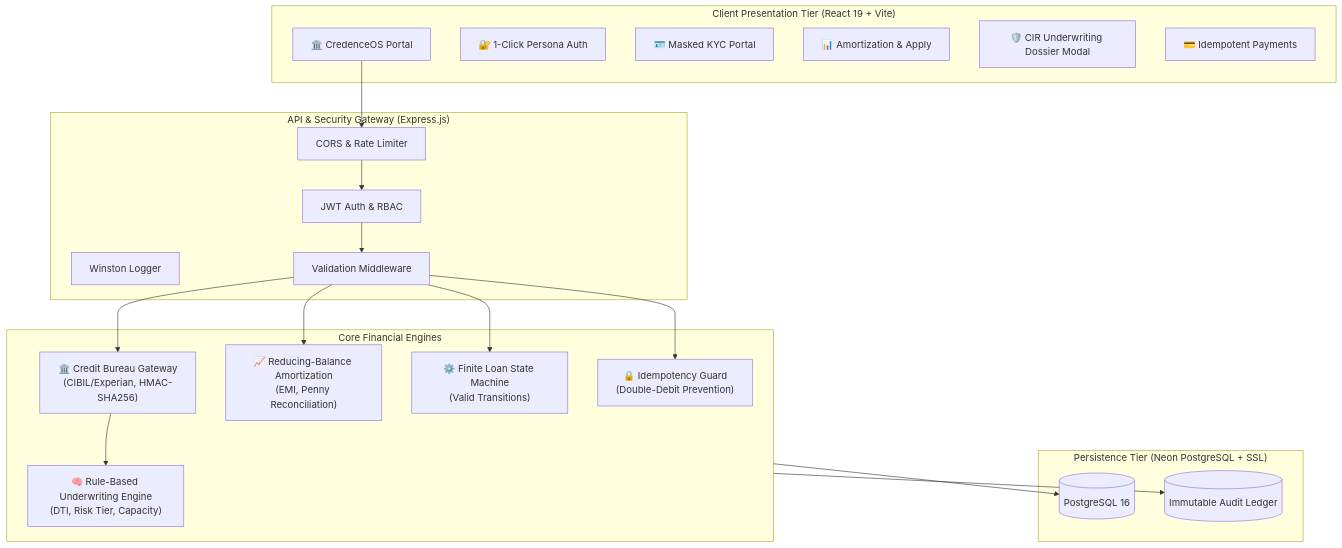
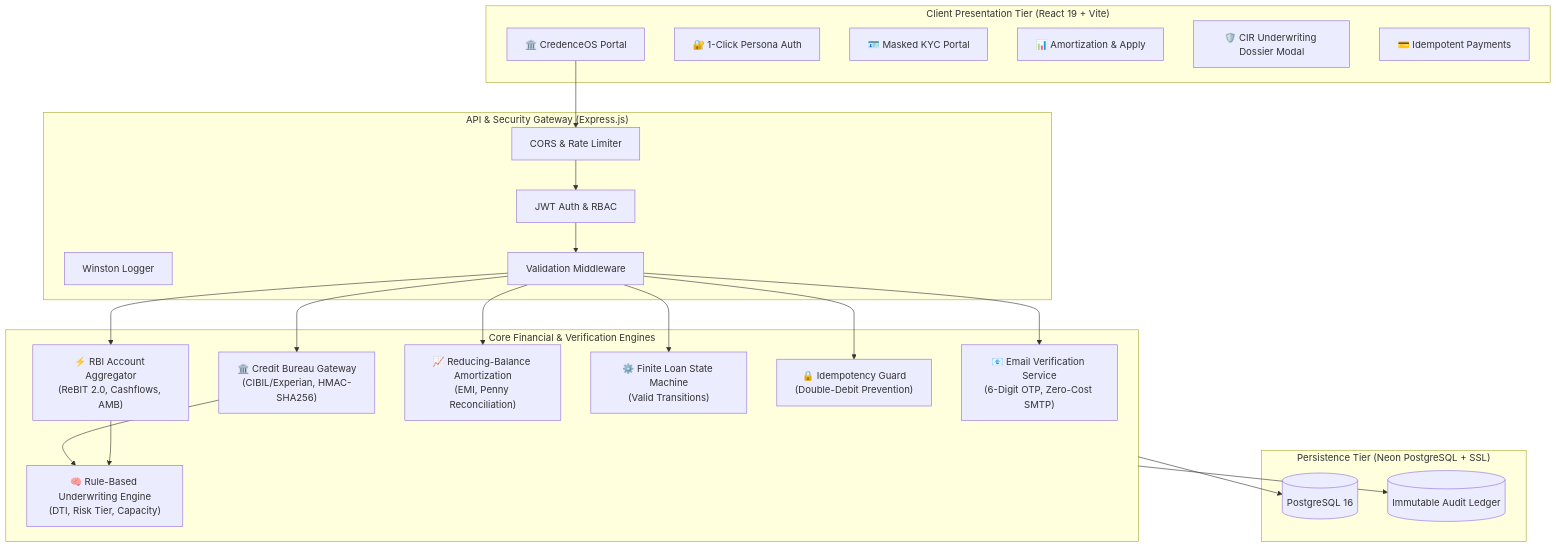
Before and after one commit to Aditya16703/CredenceOS-: the diagram in README.md, drawn with Mermaid. The commit also changed other lines of this file, not shown here.

Commit message:
docs: update README with RBI Account Aggregator, email OTP verification, and 18/18 test suite

````diff
--- a/README.md
+++ b/README.md
@@ -76,42 +80,47 @@
 ```mermaid
 flowchart TD
     subgraph Client ["Client Presentation Tier (React 19 + Vite)"]
         UI["🏛️ CredenceOS Portal"]
         AuthM["🔐 1-Click Persona Auth"]
         KYCU["🪪 Masked KYC Portal"]
         LoanU["📊 Amortization & Apply"]
         CIRU["🛡️ CIR Underwriting Dossier Modal"]
         PayU["💳 Idempotent Payments"]
     end
 
     subgraph Gateway ["API & Security Gateway (Express.js)"]
         CORS["CORS & Rate Limiter"]
         JWT["JWT Auth & RBAC"]
         Winston["Winston Logger"]
         Val["Validation Middleware"]
     end
 
-    subgraph Engines ["Core Financial Engines"]
+    subgraph Engines ["Core Financial & Verification Engines"]
         CBG["🏛️ Credit Bureau Gateway\n(CIBIL/Experian, HMAC-SHA256)"]
+        AAE["⚡ RBI Account Aggregator\n(ReBIT 2.0, Cashflows, AMB)"]
         UWE["🧠 Rule-Based Underwriting Engine\n(DTI, Risk Tier, Capacity)"]
         AME["📈 Reducing-Balance Amortization\n(EMI, Penny Reconciliation)"]
         SME["⚙️ Finite Loan State Machine\n(Valid Transitions)"]
         IDE["🔒 Idempotency Guard\n(Double-Debit Prevention)"]
+        EMS["📧 Email Verification Service\n(6-Digit OTP, Zero-Cost SMTP)"]
     end
 
     subgraph DataTier ["Persistence Tier (Neon PostgreSQL + SSL)"]
         DB[(PostgreSQL 16)]
         AL[(Immutable Audit Ledger)]
     end
 
     UI --> CORS
     CORS --> JWT
     JWT --> Val
     Val --> CBG
+    Val --> AAE
     CBG --> UWE
+    AAE --> UWE
     Val --> AME
     Val --> SME
     Val --> IDE
+    Val --> EMS
     Engines --> DB
     Engines --> AL
 ```
````
